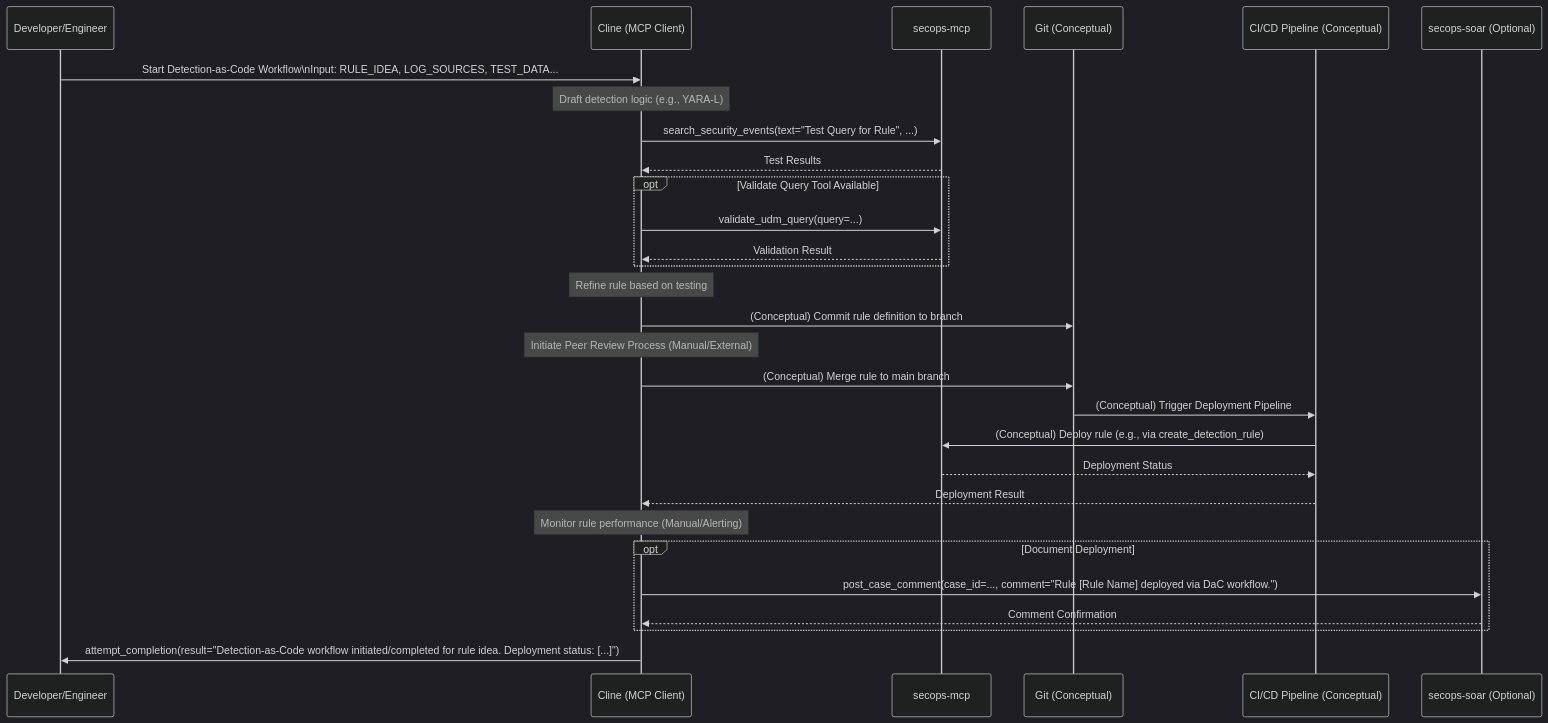
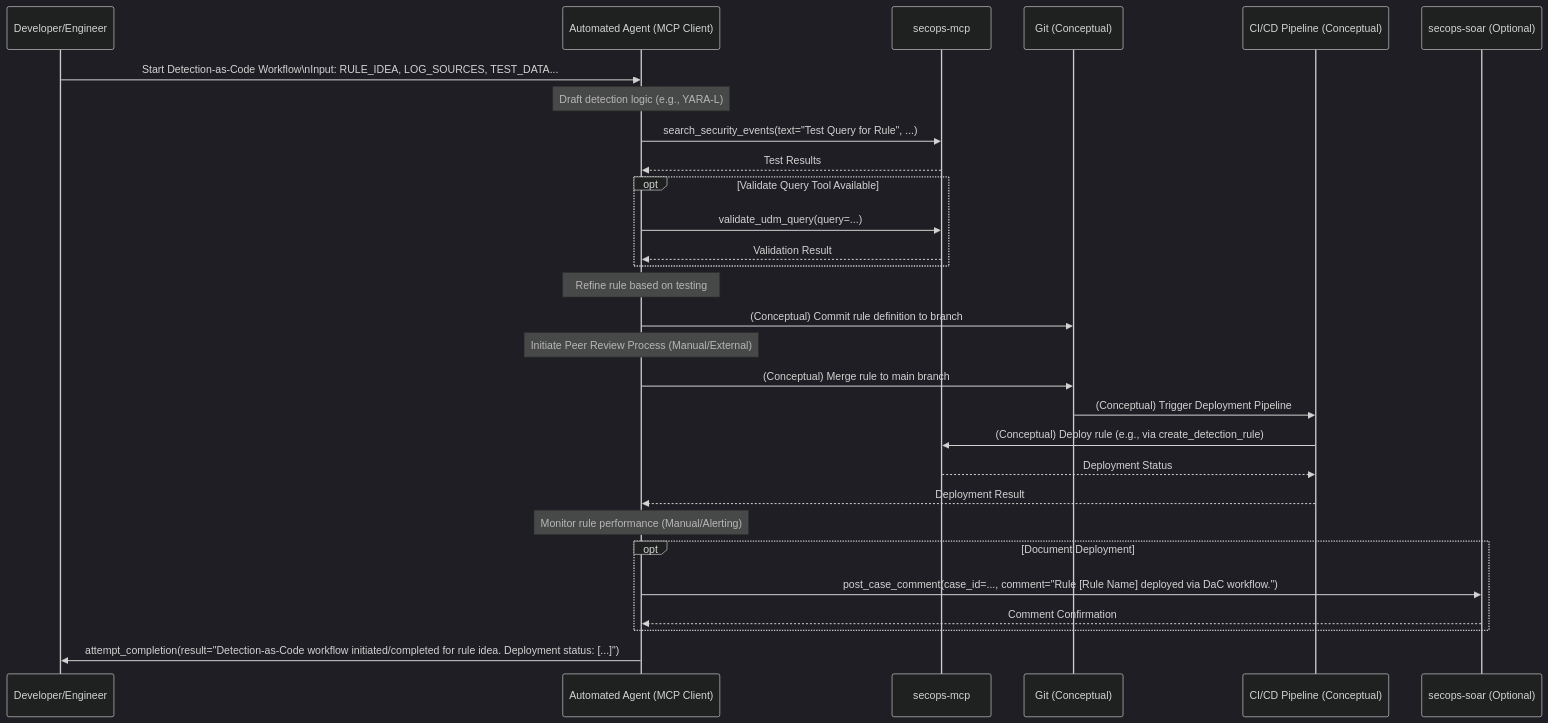
Before and after one commit to dandye/adk_runbooks: the diagram in rules-bank/run_books/detection_as_code_workflows.md, drawn with Mermaid (dark theme). The commit also changed 42 other files, not shown here.

````diff
--- a/rules-bank/run_books/detection_as_code_workflows.md
+++ b/rules-bank/run_books/detection_as_code_workflows.md
@@ -35,46 +35,46 @@
 ```{mermaid}
 sequenceDiagram
     participant Developer/Engineer
-    participant Cline as Cline (MCP Client)
+    participant AutomatedAgent as Automated Agent (MCP Client)
     participant SIEM as secops-mcp
     participant VersionControl as Git (Conceptual)
     participant CI_CD as CI/CD Pipeline (Conceptual)
     participant SOAR as secops-soar (Optional)
 
-    Developer/Engineer->>Cline: Start Detection-as-Code Workflow\nInput: RULE_IDEA, LOG_SOURCES, TEST_DATA...
+    Developer/Engineer->>AutomatedAgent: Start Detection-as-Code Workflow\nInput: RULE_IDEA, LOG_SOURCES, TEST_DATA...
 
     %% Step 1: Rule Development
-    Note over Cline: Draft detection logic (e.g., YARA-L)
+    Note over AutomatedAgent: Draft detection logic (e.g., YARA-L)
 
     %% Step 2: Testing
-    Cline->>SIEM: search_security_events(text="Test Query for Rule", ...)
-    SIEM-->>Cline: Test Results
+    AutomatedAgent->>SIEM: search_security_events(text="Test Query for Rule", ...)
+    SIEM-->>AutomatedAgent: Test Results
     opt Validate Query Tool Available
-        Cline->>SIEM: validate_udm_query(query=...)
-        SIEM-->>Cline: Validation Result
+        AutomatedAgent->>SIEM: validate_udm_query(query=...)
+        SIEM-->>AutomatedAgent: Validation Result
     end
-    Note over Cline: Refine rule based on testing
+    Note over AutomatedAgent: Refine rule based on testing
 
     %% Step 3: Version Control
-    Cline->>VersionControl: (Conceptual) Commit rule definition to branch
+    AutomatedAgent->>VersionControl: (Conceptual) Commit rule definition to branch
 
     %% Step 4: Peer Review
-    Note over Cline: Initiate Peer Review Process (Manual/External)
+    Note over AutomatedAgent: Initiate Peer Review Process (Manual/External)
 
     %% Step 5: Deployment
-    Cline->>VersionControl: (Conceptual) Merge rule to main branch
+    AutomatedAgent->>VersionControl: (Conceptual) Merge rule to main branch
     VersionControl->>CI_CD: (Conceptual) Trigger Deployment Pipeline
     CI_CD->>SIEM: (Conceptual) Deploy rule (e.g., via create_detection_rule)
     SIEM-->>CI_CD: Deployment Status
-    CI_CD-->>Cline: Deployment Result
+    CI_CD-->>AutomatedAgent: Deployment Result
 
     %% Step 6: Monitoring
-    Note over Cline: Monitor rule performance (Manual/Alerting)
+    Note over AutomatedAgent: Monitor rule performance (Manual/Alerting)
     opt Document Deployment
-        Cline->>SOAR: post_case_comment(case_id=..., comment="Rule [Rule Name] deployed via DaC workflow.")
-        SOAR-->>Cline: Comment Confirmation
+        AutomatedAgent->>SOAR: post_case_comment(case_id=..., comment="Rule [Rule Name] deployed via DaC workflow.")
+        SOAR-->>AutomatedAgent: Comment Confirmation
     end
 
-    Cline->>Developer/Engineer: attempt_completion(result="Detection-as-Code workflow initiated/completed for rule idea. Deployment status: [...]")
+    AutomatedAgent->>Developer/Engineer: attempt_completion(result="Detection-as-Code workflow initiated/completed for rule idea. Deployment status: [...]")
 
 ```
````
